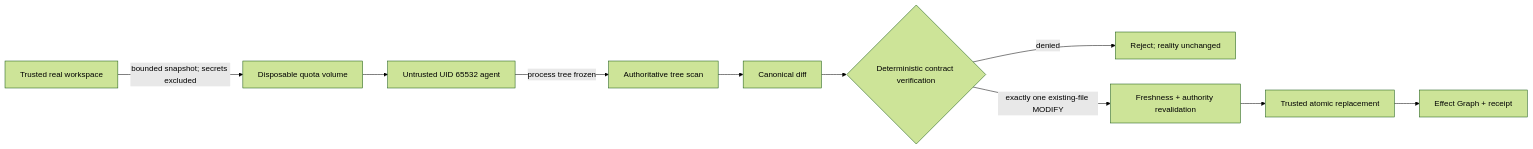
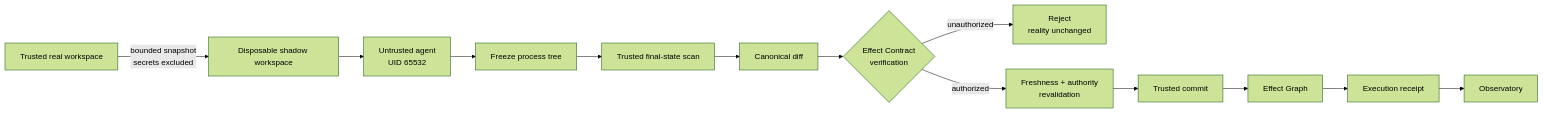
One commit to MrGray17/Mirage changed the diagram in README.md. Above: the diagram before and after it, drawn with Mermaid (forest theme). The commit also changed other lines of this file, not shown here.

````diff
--- a/README.md
+++ b/README.md
@@ -79,12 +153,15 @@
 ```mermaid
 flowchart LR
-    A[Trusted real workspace] -->|bounded snapshot; secrets excluded| B[Disposable quota volume]
-    B --> C[Untrusted UID 65532 agent]
-    C -->|process tree frozen| D[Authoritative tree scan]
-    D --> E[Canonical diff]
-    E --> F{Deterministic contract verification}
-    F -->|denied| G[Reject; reality unchanged]
-    F -->|exactly one existing-file MODIFY| H[Freshness + authority revalidation]
-    H --> I[Trusted atomic replacement]
-    I --> J[Effect Graph + receipt]
+    A[Trusted real workspace] -->|bounded snapshot<br/>secrets excluded| B[Disposable shadow workspace]
+    B --> C[Untrusted agent<br/>UID 65532]
+    C --> D[Freeze process tree]
+    D --> E[Trusted final-state scan]
+    E --> F[Canonical diff]
+    F --> G{Effect Contract<br/>verification}
+    G -->|unauthorized| H[Reject<br/>reality unchanged]
+    G -->|authorized| I[Freshness + authority<br/>revalidation]
+    I --> J[Trusted commit]
+    J --> K[Effect Graph]
+    K --> L[Execution receipt]
+    L --> M[Observatory]
 ```
````
